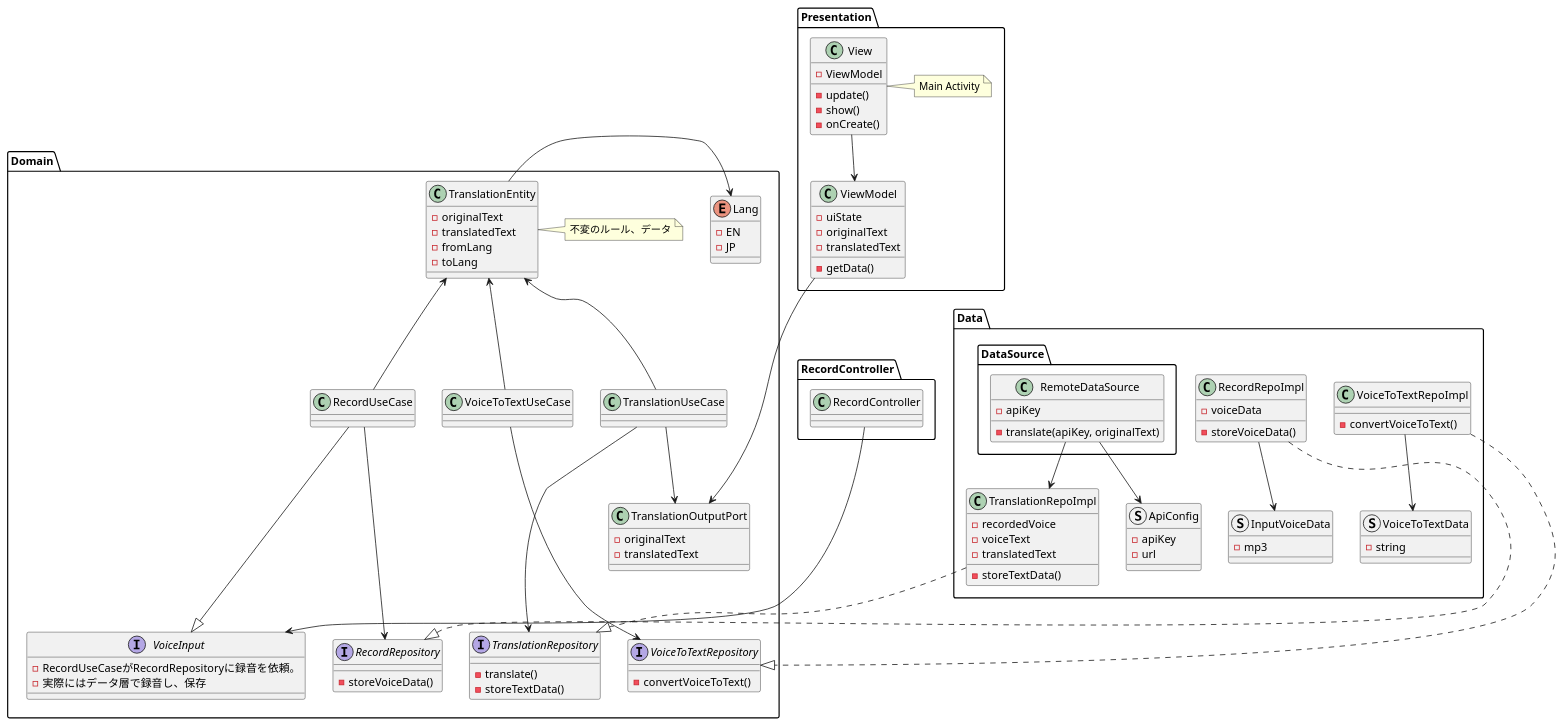
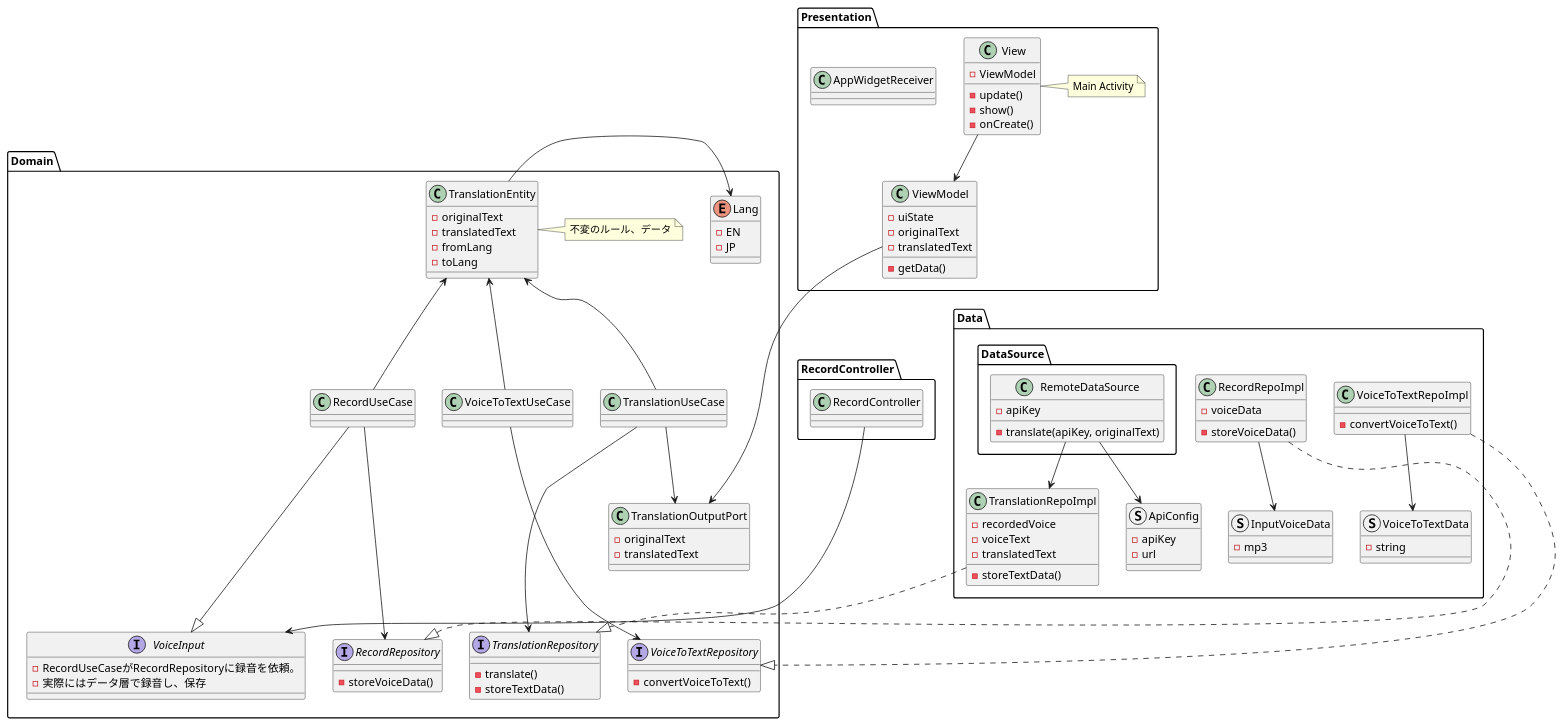
One commit to eight50/SeamlessTranslation changed the diagram in app/docs/class_overview.puml. Above: the diagram before and after it, drawn with PlantUML. The commit also changed 2 other files, not shown here.

Commit message:
Composeの依存関係をGradleに追加 GlanceAppWidgetを追記

```diff
--- a/app/docs/class_overview.puml
+++ b/app/docs/class_overview.puml
@@ -1,162 +1,166 @@
 @startuml
 
 package Domain {
 
     together {
         class TranslationEntity {
             - originalText
             - translatedText
             - fromLang
             - toLang
         }
 
         enum Lang {
             - EN
             - JP
         }
     }
 
     together {
         class TranslationUseCase {
 
         }
 
         class RecordUseCase {
 
         }
 
         class VoiceToTextUseCase {
 
         }
     }
 
     together {
         interface TranslationRepository {
             - translate()
             - storeTextData()
         }
 
         interface RecordRepository {
             - storeVoiceData()
         }
 
         interface VoiceToTextRepository {
             - convertVoiceToText()
 
         }
 
         interface VoiceInput {
             - RecordUseCaseがRecordRepositoryに録音を依頼。
             - 実際にはデータ層で録音し、保存
         }
 
     }
 
     class TranslationOutputPort {
         - originalText
         - translatedText
     }
 
 
 
     TranslationEntity --right> Lang
     TranslationUseCase --up> TranslationEntity
     TranslationUseCase --> TranslationRepository
     TranslationUseCase --> TranslationOutputPort
     RecordUseCase --up> TranslationEntity
     RecordUseCase --> RecordRepository
     RecordUseCase ---|> VoiceInput
     VoiceToTextUseCase --up> TranslationEntity
     VoiceToTextUseCase --> VoiceToTextRepository
 
     note right of TranslationEntity : 不変のルール、データ
 }
 
 
 package RecordController {
 
     RecordController ---> VoiceInput
 }
 
 
 package Presentation {
     class View {
         - ViewModel
         - update()
         - show()
         - onCreate()
     }
 
     class ViewModel {
         - uiState
         - originalText
         - translatedText
         - getData()
     }
 
+    class AppWidgetReceiver {
+
+    }
+
     View --> ViewModel
     ViewModel ---> TranslationOutputPort
     note right of View : Main Activity
 }
 
 
 package Data {
     class TranslationRepoImpl {
         - recordedVoice
         - voiceText
         - translatedText
         - storeTextData()
     }
 
     class RecordRepoImpl {
         - voiceData
         - storeVoiceData()
     }
 
     class VoiceToTextRepoImpl {
         - convertVoiceToText()
     }
 
     struct ApiConfig {
         - apiKey
         - url
     }
 
     struct InputVoiceData {
         - mp3
     }
 
     struct VoiceToTextData {
         - string
     }
 
 
     package DataSource {
 
         class RemoteDataSource {
             -apiKey
             - translate(apiKey, originalText)
         }
     }
 
     TranslationRepoImpl ..|> TranslationRepository
     RecordRepoImpl ..|> RecordRepository
     RecordRepoImpl --> InputVoiceData
     RemoteDataSource --> TranslationRepoImpl
     RemoteDataSource --> ApiConfig
     VoiceToTextRepoImpl ..|> VoiceToTextRepository
     VoiceToTextRepoImpl --> VoiceToTextData
 
 }
 
 
 
 
 
 
 
 
 
 
 
 @enduml
```
